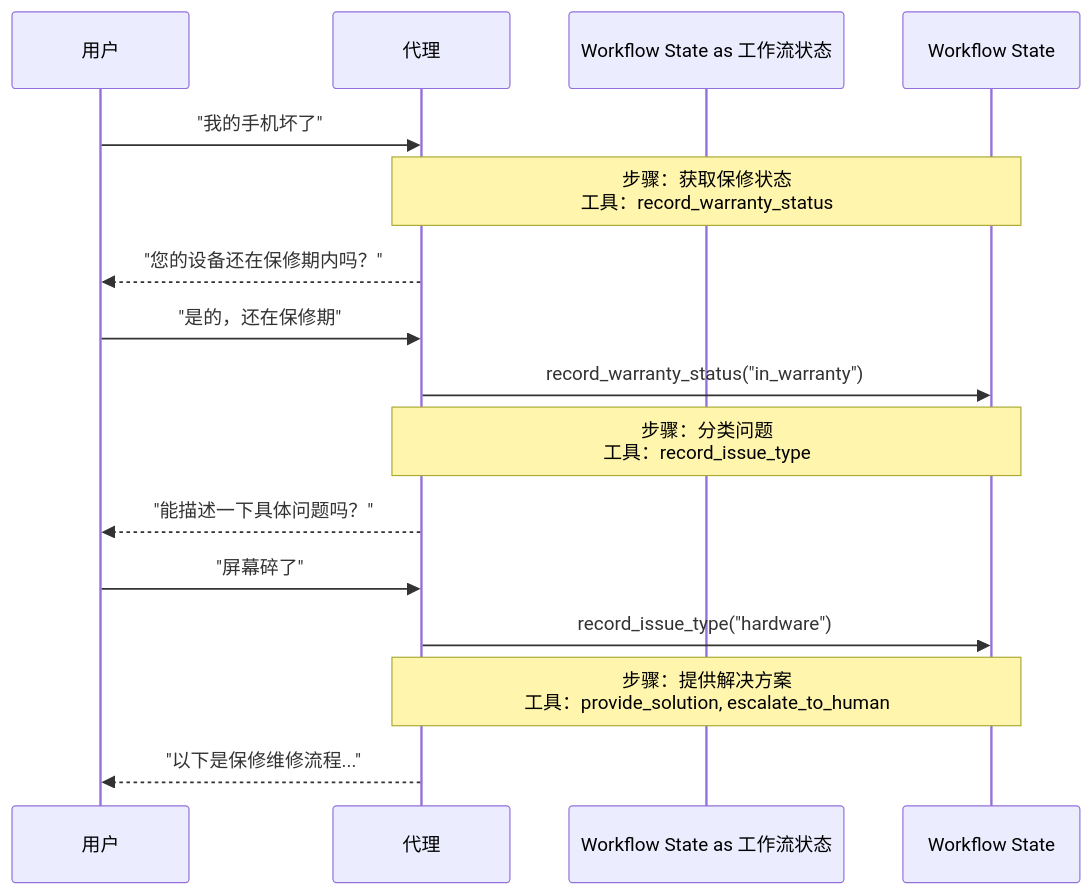
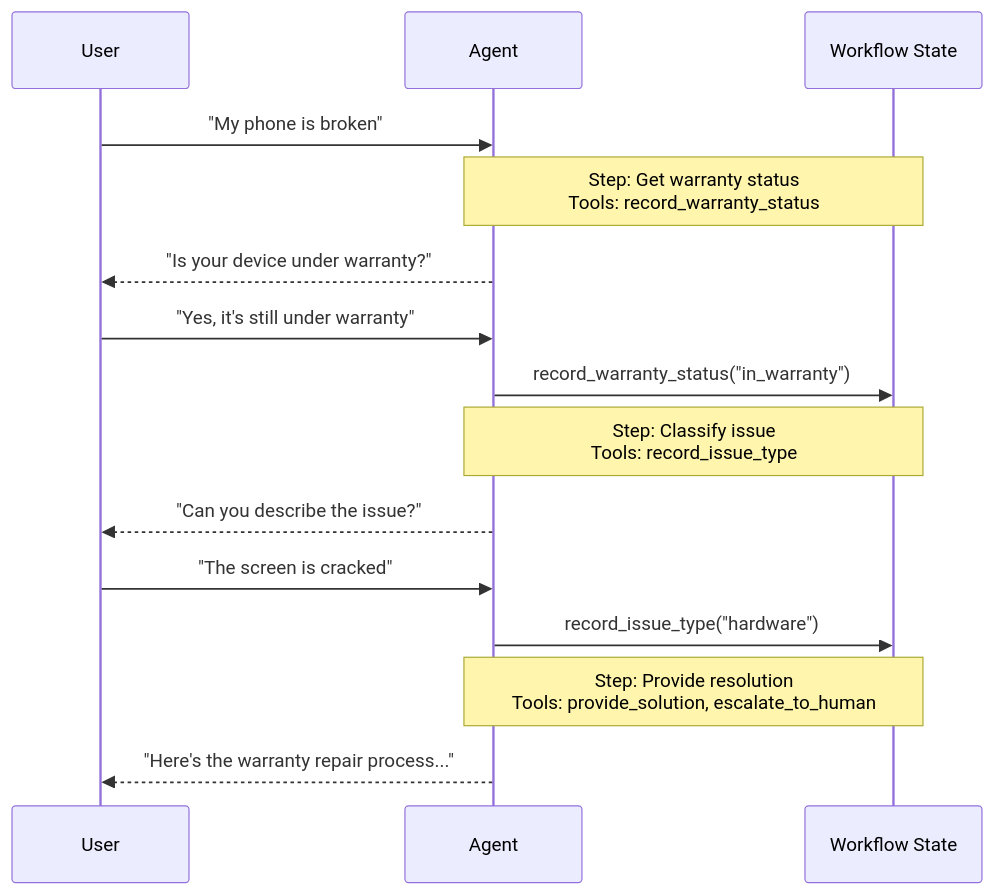
Before and after one commit to kunfan96/cndocs-langchain: the diagram in oss/python/langchain/multi-agent/handoffs.mdx, drawn with Mermaid. The commit also changed other lines of this file and 2611 other files, not shown here.

````diff
--- a/oss/python/langchain/multi-agent/handoffs.mdx
+++ b/oss/python/langchain/multi-agent/handoffs.mdx
@@ -11,20 +11,20 @@
 ```mermaid
 sequenceDiagram
-    participant User as 用户
-    participant Agent as 代理
-    participant Workflow State as 工作流状态
+    participant User
+    participant Agent
+    participant Workflow State
 
-    User->>Agent: "我的手机坏了"
-    Note over Agent,Workflow State: 步骤：获取保修状态<br/>工具：record_warranty_status
-    Agent-->>User: "您的设备还在保修期内吗？"
+    User->>Agent: "My phone is broken"
+    Note over Agent,Workflow State: Step: Get warranty status<br/>Tools: record_warranty_status
+    Agent-->>User: "Is your device under warranty?"
 
-    User->>Agent: "是的，还在保修期"
+    User->>Agent: "Yes, it's still under warranty"
     Agent->>Workflow State: record_warranty_status("in_warranty")
-    Note over Agent,Workflow State: 步骤：分类问题<br/>工具：record_issue_type
-    Agent-->>User: "能描述一下具体问题吗？"
+    Note over Agent,Workflow State: Step: Classify issue<br/>Tools: record_issue_type
+    Agent-->>User: "Can you describe the issue?"
 
-    User->>Agent: "屏幕碎了"
+    User->>Agent: "The screen is cracked"
     Agent->>Workflow State: record_issue_type("hardware")
-    Note over Agent,Workflow State: 步骤：提供解决方案<br/>工具：provide_solution, escalate_to_human
-    Agent-->>User: "以下是保修维修流程..."
+    Note over Agent,Workflow State: Step: Provide resolution<br/>Tools: provide_solution, escalate_to_human
+    Agent-->>User: "Here's the warranty repair process..."
 ```
````
